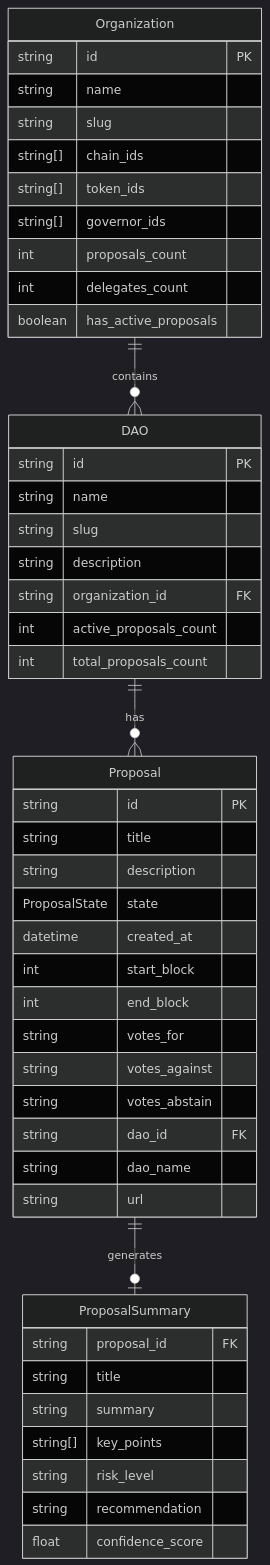
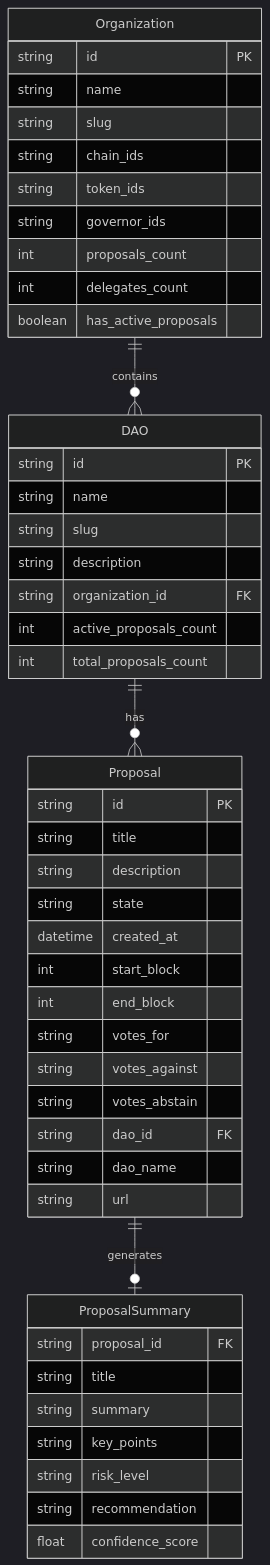
Before and after one commit to Backland-Labs/quorum-ai: the fourth of 7 diagrams in ARCHITECTURE.md, drawn with Mermaid (dark theme). The commit also changed other lines of this file and 1 other file, not shown here.

````diff
--- a/ARCHITECTURE.md
+++ b/ARCHITECTURE.md
@@ -277,54 +277,54 @@
 ```mermaid
 erDiagram
     Organization ||--o{ DAO : contains
     DAO ||--o{ Proposal : has
     Proposal ||--o| ProposalSummary : generates
     
     Organization {
         string id PK
         string name
         string slug
-        string[] chain_ids
-        string[] token_ids
-        string[] governor_ids
+        string chain_ids
+        string token_ids
+        string governor_ids
         int proposals_count
         int delegates_count
         boolean has_active_proposals
     }
     
     DAO {
         string id PK
         string name
         string slug
         string description
         string organization_id FK
         int active_proposals_count
         int total_proposals_count
     }
     
     Proposal {
         string id PK
         string title
         string description
-        ProposalState state
+        string state
         datetime created_at
         int start_block
         int end_block
         string votes_for
         string votes_against
         string votes_abstain
         string dao_id FK
         string dao_name
         string url
     }
     
     ProposalSummary {
         string proposal_id FK
         string title
         string summary
-        string[] key_points
+        string key_points
         string risk_level
         string recommendation
         float confidence_score
     }
 ```
````
